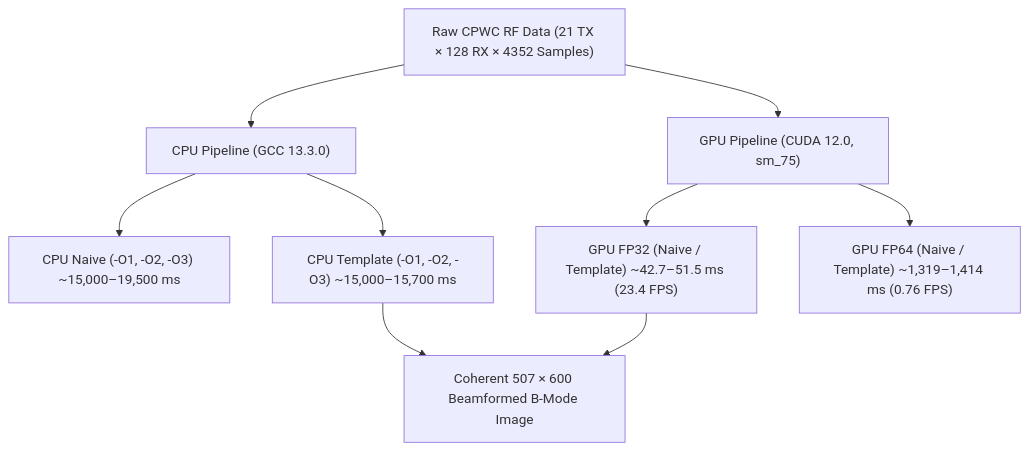
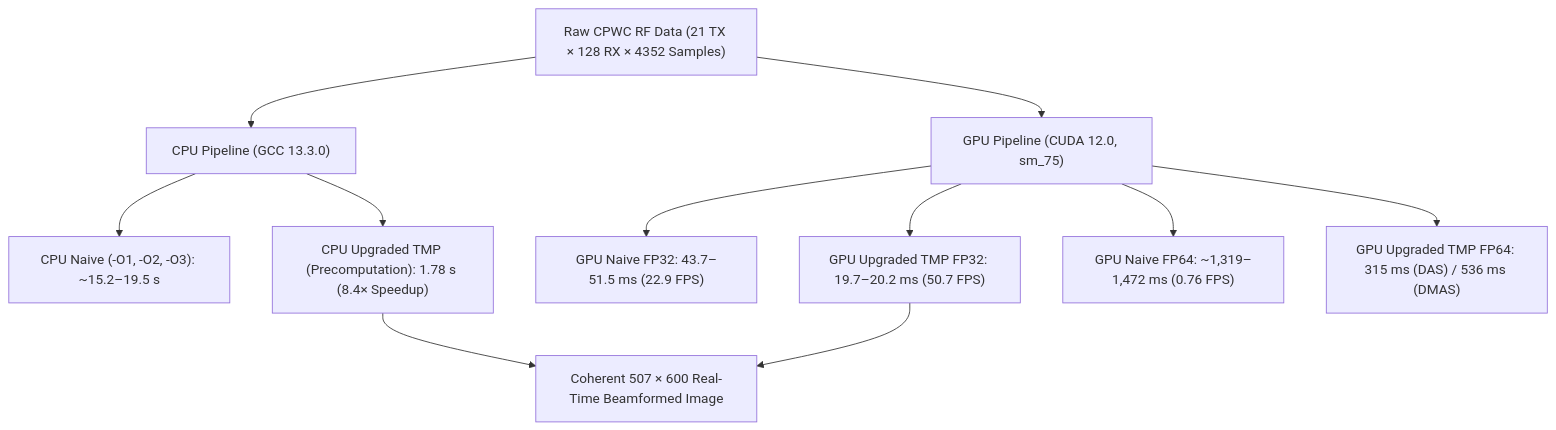
The diagram in beamforming_summary.md (Roshin036/ultrasound-beamforming-benchmarks), drawn with Mermaid before and after one commit. The commit also changed other lines of this file and 34 other files, not shown here.

````diff
--- a/beamforming_summary.md
+++ b/beamforming_summary.md
@@ -13,14 +16,16 @@
 ```mermaid
 flowchart TD
     Raw["Raw CPWC RF Data (21 TX × 128 RX × 4352 Samples)"] --> CPU["CPU Pipeline (GCC 13.3.0)"]
     Raw --> GPU["GPU Pipeline (CUDA 12.0, sm_75)"]
     
-    CPU --> C1["CPU Naive (-O1, -O2, -O3) ~15,000–19,500 ms"]
-    CPU --> C2["CPU Template (-O1, -O2, -O3) ~15,000–15,700 ms"]
+    CPU --> C1["CPU Naive (-O1, -O2, -O3): ~15.2–19.5 s"]
+    CPU --> C2["CPU Upgraded TMP (Precomputation): 1.78 s (8.4× Speedup)"]
     
-    GPU --> G1["GPU FP32 (Naive / Template) ~42.7–51.5 ms (23.4 FPS)"]
-    GPU --> G2["GPU FP64 (Naive / Template) ~1,319–1,414 ms (0.76 FPS)"]
+    GPU --> G1["GPU Naive FP32: 43.7–51.5 ms (22.9 FPS)"]
+    GPU --> G2["GPU Upgraded TMP FP32: 19.7–20.2 ms (50.7 FPS)"]
+    GPU --> G3["GPU Naive FP64: ~1,319–1,472 ms (0.76 FPS)"]
+    GPU --> G4["GPU Upgraded TMP FP64: 315 ms (DAS) / 536 ms (DMAS)"]
     
-    G1 --> Out["Coherent 507 × 600 Beamformed B-Mode Image"]
+    G2 --> Out["Coherent 507 × 600 Real-Time Beamformed Image"]
     C2 --> Out
 ```
````
